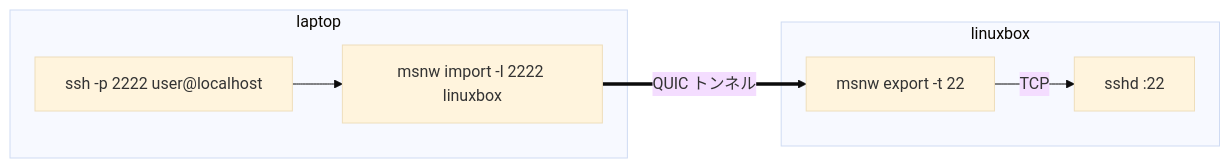
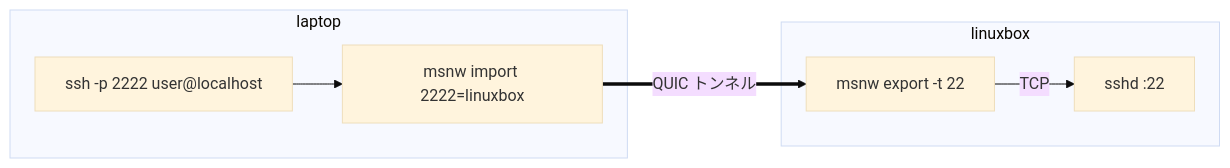
The third of 7 diagrams in README.ja.md (ikeji/mysmallnetwork), drawn with Mermaid (base theme) before and after one commit. The commit also changed other lines of this file and 8 other files, not shown here.

````diff
--- a/README.ja.md
+++ b/README.ja.md
@@ -126,10 +126,10 @@
 ```mermaid
 flowchart LR
     subgraph laptop
-        s["ssh -p 2222 user@localhost"] --> im["msnw import -l 2222 linuxbox"]
+        s["ssh -p 2222 user@localhost"] --> im["msnw import 2222=linuxbox"]
     end
     subgraph linuxbox
         ex["msnw export -t 22"] -->|TCP| sshd["sshd :22"]
     end
     im ==>|QUIC トンネル| ex
 ```
````
